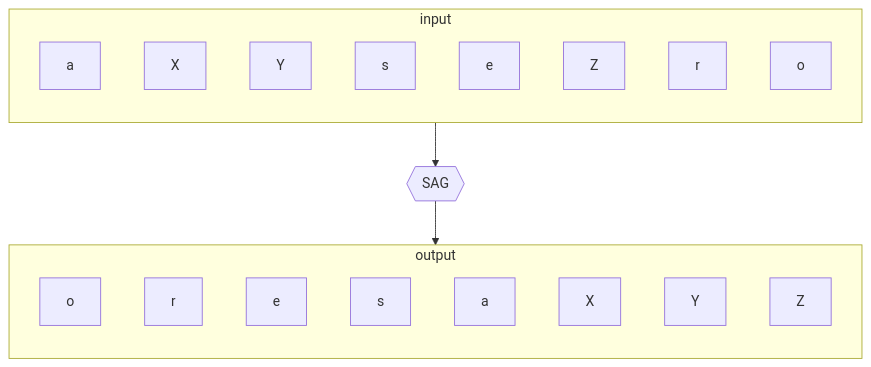
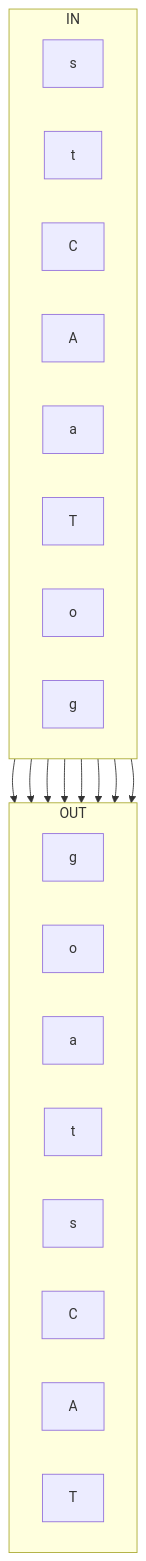
One commit to clairexen/edu-sag changed the third of 4 diagrams in README.md. Above: the diagram before and after it, drawn with Mermaid. The commit also changed other lines of this file, not shown here.

Commit message:
Improve SAG letter example

````diff
--- a/README.md
+++ b/README.md
@@ -60,27 +63,33 @@
 ```mermaid
 flowchart TB
-    subgraph input
-        direction TB
-        L1[a]
-        L2[X]
-        L3[Y]
-        L4[s]
-        L5[e]
-        L6[Z]
-        L7[r]
-        L8[o]
+    subgraph IN
+        direction LR
+        I1[s]
+        I2[t]
+        I3[C]
+        I4[A]
+        I5[a]
+        I6[T]
+        I7[o]
+        I8[g]
     end
-    input --> SAG{{SAG}}
-    SAG --> output
-    subgraph output
-        direction TB
-        O1[o]
-        O2[r]
-        O3[e]
-        O4[s]
-        O5[a]
-        O6[X]
-        O7[Y]
-        O8[Z]
+    subgraph OUT
+        direction LR
+        O1[g]
+        O2[o]
+        O3[a]
+        O4[t]
+        O5[s]
+        O6[C]
+        O7[A]
+        O8[T]
     end
+    I1 --> O5
+    I2 --> O4
+    I3 --> O6
+    I4 --> O7
+    I5 --> O3
+    I6 --> O8
+    I7 --> O2
+    I8 --> O1
 ```
````
